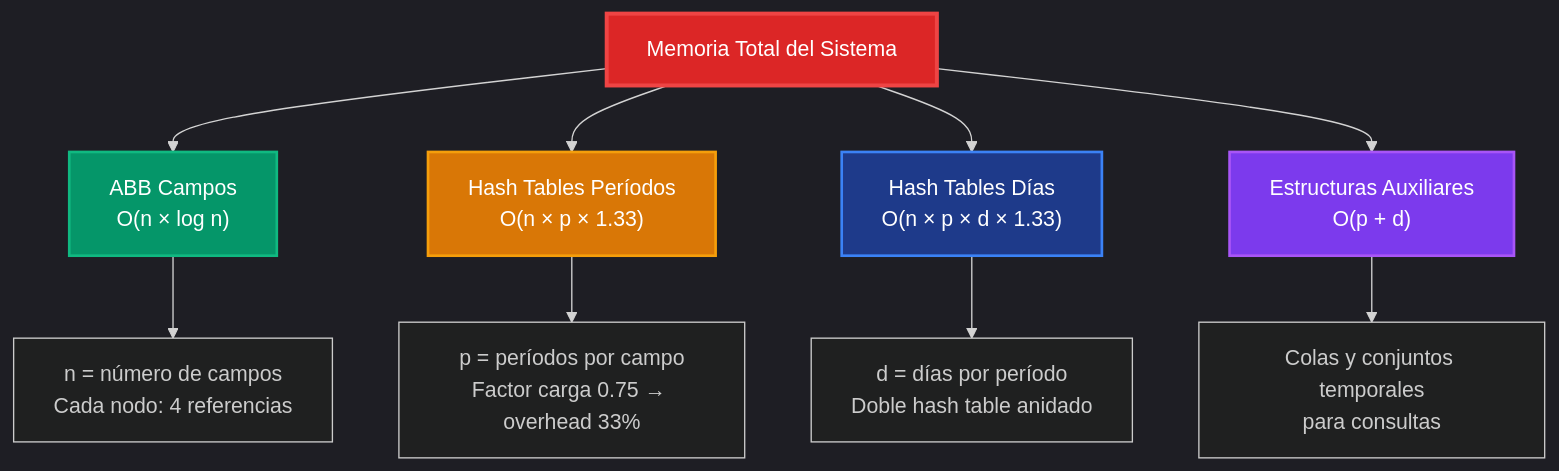
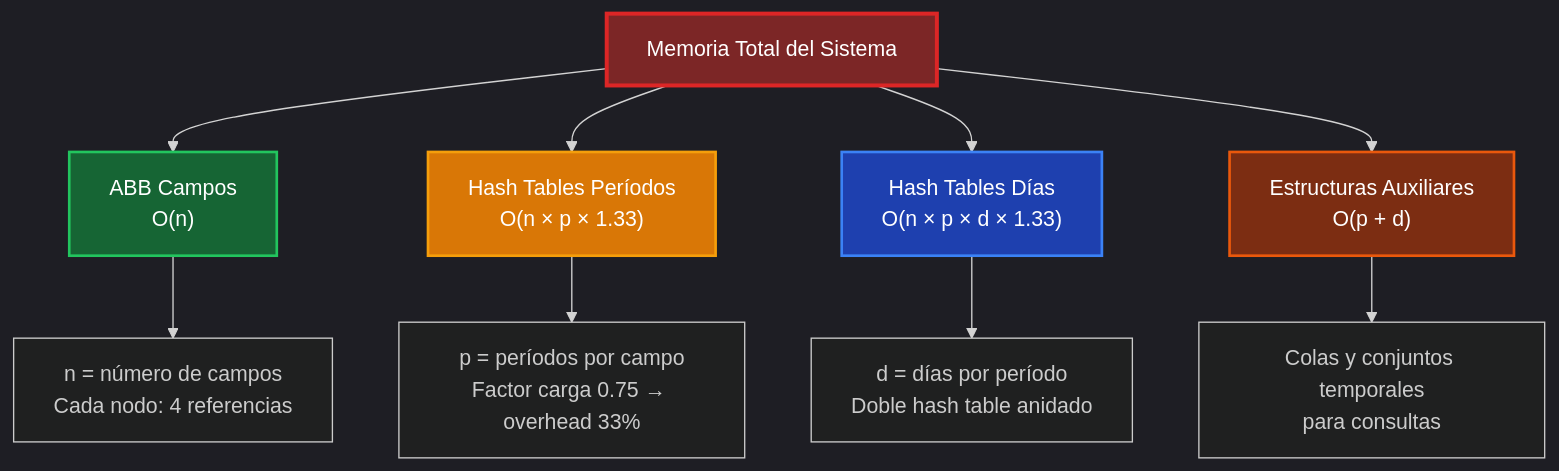
One commit to pybalt/algo2 changed diagram 16 of 16 in tp-final/README_IMPLEMENTACIONES.md. Above: the diagram before and after it, drawn with Mermaid. The commit also changed other lines of this file and 1 other file, not shown here.

````diff
--- a/tp-final/README_IMPLEMENTACIONES.md
+++ b/tp-final/README_IMPLEMENTACIONES.md
@@ -496,19 +704,19 @@
 ```mermaid
 %%{init: {'theme':'dark'}}%%
 graph TB
-    A["Memoria Total del Sistema"] --> B["ABB Campos<br/>O(n × log n)"]
+    A["Memoria Total del Sistema"] --> B["ABB Campos<br/>O(n)"]
     A --> C["Hash Tables Períodos<br/>O(n × p × 1.33)"]
     A --> D["Hash Tables Días<br/>O(n × p × d × 1.33)"]
     A --> E["Estructuras Auxiliares<br/>O(p + d)"]
     
     B --> F["n = número de campos<br/>Cada nodo: 4 referencias"]
     C --> G["p = períodos por campo<br/>Factor carga 0.75 → overhead 33%"]
     D --> H["d = días por período<br/>Doble hash table anidado"]
     E --> I["Colas y conjuntos temporales<br/>para consultas"]
     
-    style A fill:#dc2626,stroke:#ef4444,stroke-width:3px,color:#fff
-    style B fill:#059669,stroke:#10b981,stroke-width:2px,color:#fff
-    style C fill:#d97706,stroke:#f59e0b,stroke-width:2px,color:#fff
-    style D fill:#1e3a8a,stroke:#3b82f6,stroke-width:2px,color:#fff
-    style E fill:#7c3aed,stroke:#a855f7,stroke-width:2px,color:#fff
+    style A fill:#7c2626,stroke:#dc2626,stroke-width:3px,color:#ffffff
+    style B fill:#166534,stroke:#22c55e,stroke-width:2px,color:#ffffff
+    style C fill:#d97706,stroke:#f59e0b,stroke-width:2px,color:#ffffff
+    style D fill:#1e40af,stroke:#3b82f6,stroke-width:2px,color:#ffffff
+    style E fill:#7c2d12,stroke:#ea580c,stroke-width:2px,color:#ffffff
 ```
````
